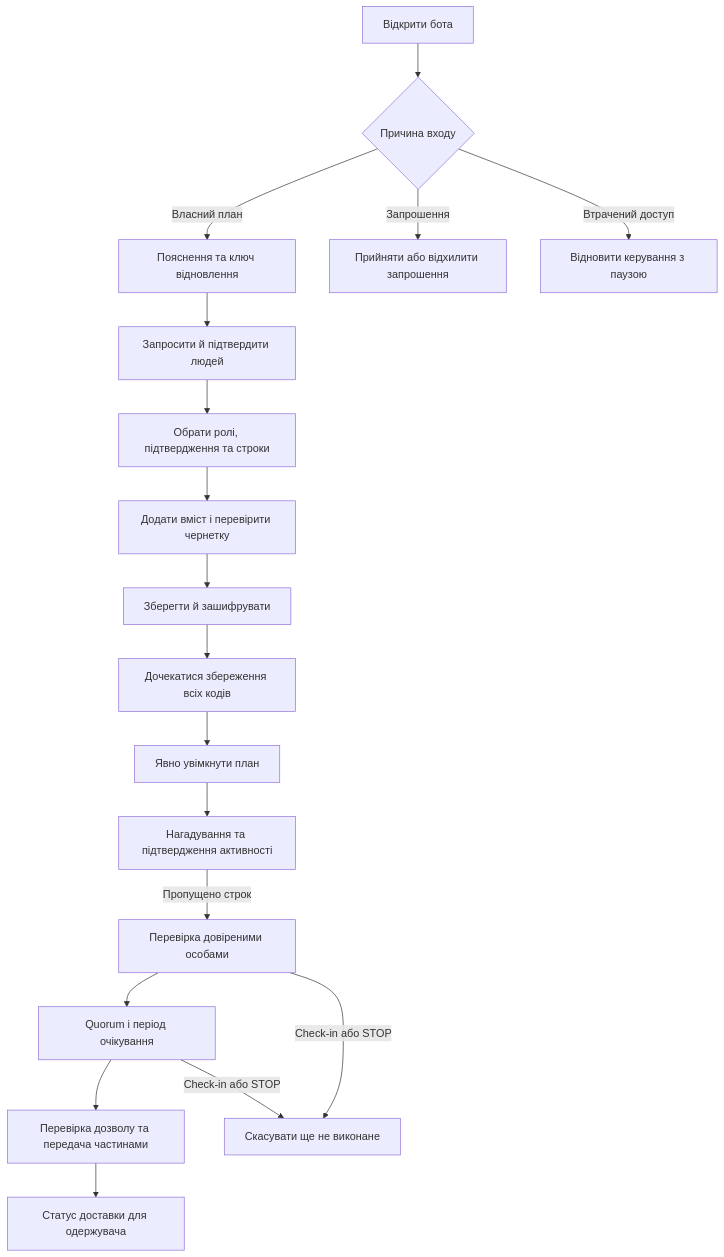
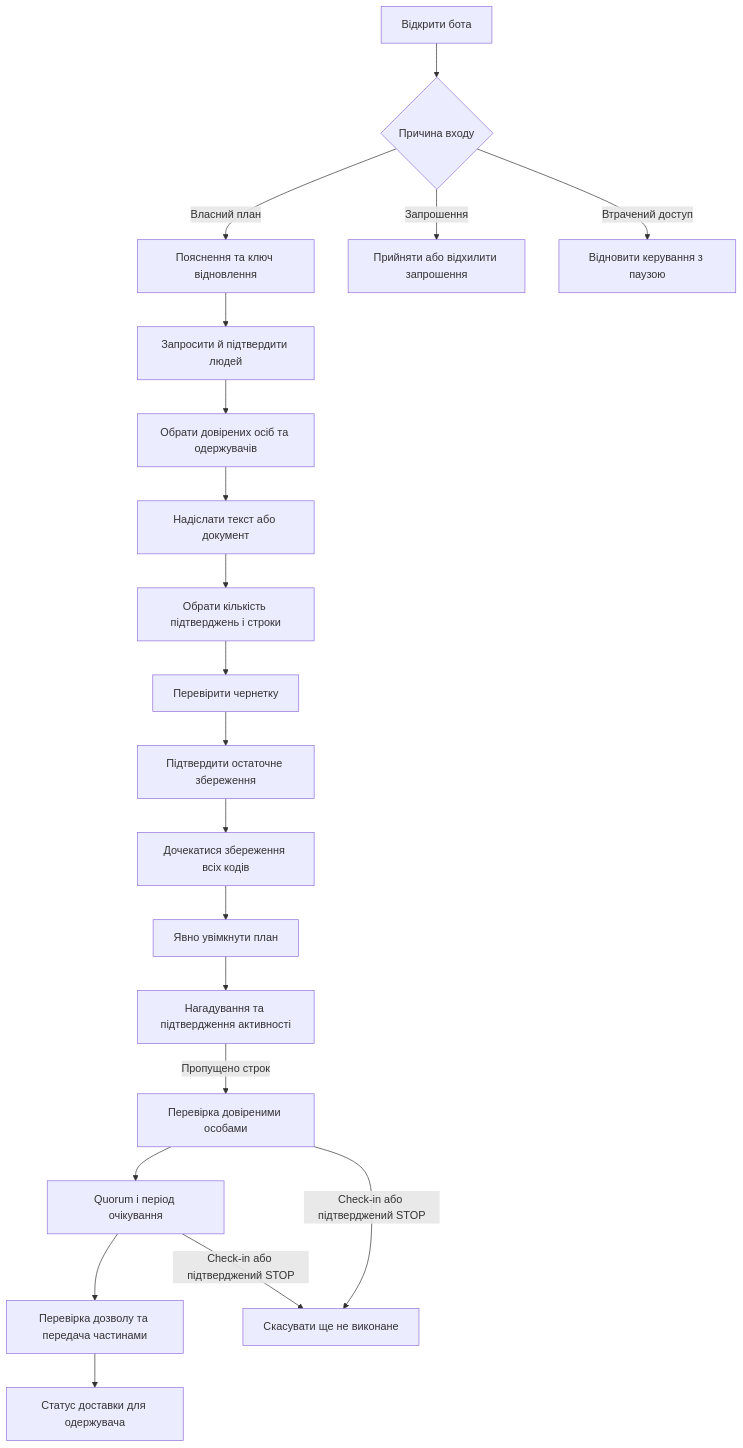
Before and after one commit to binqbit/zapovit: the first of 2 diagrams in docs/production-plan.md, drawn with Mermaid. The commit also changed other lines of this file and 28 other files, not shown here.

````diff
--- a/docs/production-plan.md
+++ b/docs/production-plan.md
@@ -39,20 +43,22 @@
 ```mermaid
 flowchart TD
     A[Відкрити бота] --> B{Причина входу}
     B -->|Власний план| C[Пояснення та ключ відновлення]
     B -->|Запрошення| D[Прийняти або відхилити запрошення]
     B -->|Втрачений доступ| R[Відновити керування з паузою]
     C --> E[Запросити й підтвердити людей]
-    E --> F[Обрати ролі, підтвердження та строки]
-    F --> G[Додати вміст і перевірити чернетку]
-    G --> H[Зберегти й зашифрувати]
+    E --> F[Обрати довірених осіб та одержувачів]
+    F --> G[Надіслати текст або документ]
+    G --> Q[Обрати кількість підтверджень і строки]
+    Q --> V[Перевірити чернетку]
+    V --> H[Підтвердити остаточне збереження]
     H --> I[Дочекатися збереження всіх кодів]
     I --> J[Явно увімкнути план]
     J --> K[Нагадування та підтвердження активності]
     K -->|Пропущено строк| L[Перевірка довіреними особами]
     L --> M[Quorum і період очікування]
     M --> N[Перевірка дозволу та передача частинами]
     N --> O[Статус доставки для одержувача]
-    L -->|Check-in або STOP| P[Скасувати ще не виконане]
-    M -->|Check-in або STOP| P
+    L -->|Check-in або підтверджений STOP| P[Скасувати ще не виконане]
+    M -->|Check-in або підтверджений STOP| P
 ```
````
